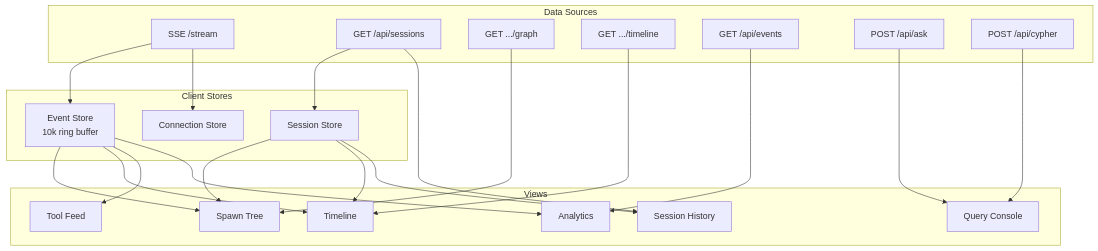
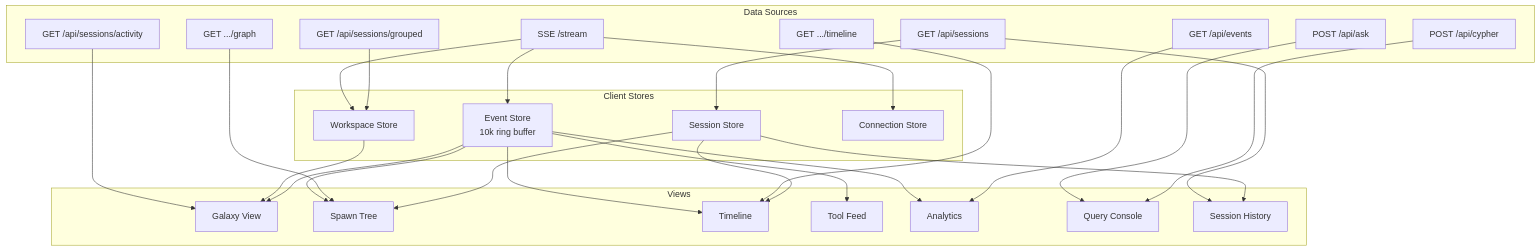
The second of 2 diagrams in docs/ux.md (halcyondude/observable-claude), drawn with Mermaid before and after one commit. The commit also changed other lines of this file and 5 other files, not shown here.

First line of the commit message:
docs: v1 feature planning — conversations, save/replay, galaxy view, discovery

````diff
--- a/docs/ux.md
+++ b/docs/ux.md
@@ -71,46 +92,55 @@
 ```mermaid
 flowchart TB
     subgraph SOURCES ["Data Sources"]
         SSE["SSE /stream"]
         REST_S["GET /api/sessions"]
+        REST_SG["GET /api/sessions/grouped"]
+        REST_SA["GET /api/sessions/activity"]
         REST_G["GET .../graph"]
         REST_T["GET .../timeline"]
         REST_E["GET /api/events"]
         REST_A["POST /api/ask"]
         REST_C["POST /api/cypher"]
     end
 
     subgraph STORES ["Client Stores"]
         EVT["Event Store<br/>10k ring buffer"]
         SESS["Session Store"]
+        WS["Workspace Store"]
         CONN["Connection Store"]
     end
 
     subgraph VIEWS ["Views"]
+        V0["Galaxy View"]
         V1["Spawn Tree"]
         V2["Timeline"]
         V3["Tool Feed"]
         V4["Analytics"]
         V5["Query Console"]
         V6["Session History"]
     end
 
     SSE --> EVT
     SSE --> CONN
+    SSE --> WS
     REST_S --> SESS
     REST_S --> V6
+    REST_SG --> WS
+    REST_SA --> V0
 
+    WS --> V0
+    EVT --> V0
     EVT --> V1
     EVT --> V2
     EVT --> V3
     EVT --> V4
 
     REST_G --> V1
     REST_T --> V2
     REST_E --> V4
     REST_A --> V5
     REST_C --> V5
     SESS --> V1
     SESS --> V2
     SESS --> V6
 ```
````
